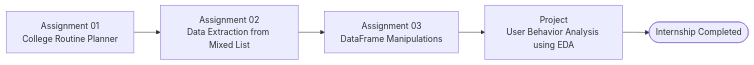
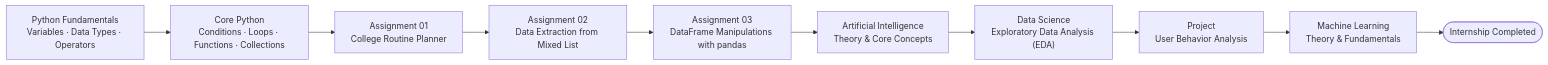
One commit to udaycodespace/internships changed the diagram in remote/web-blinders/README.md. Above: the diagram before and after it, drawn with Mermaid. The commit also changed other lines of this file, not shown here.

Commit message:
Fix inaccurate content in Web Blinders README

````diff
--- a/remote/web-blinders/README.md
+++ b/remote/web-blinders/README.md
@@ -13,9 +13,14 @@
 ```mermaid
 flowchart LR
 
-A[Assignment 01<br/>College Routine Planner]
---> B[Assignment 02<br/>Data Extraction from Mixed List]
---> C[Assignment 03<br/>DataFrame Manipulations]
---> D[Project<br/>User Behavior Analysis using EDA]
---> E([Internship Completed])
+A["Python Fundamentals<br/>Variables · Data Types · Operators"]
+--> B["Core Python<br/>Conditions · Loops · Functions · Collections"]
+--> C["Assignment 01<br/>College Routine Planner"]
+--> D["Assignment 02<br/>Data Extraction from Mixed List"]
+--> E["Assignment 03<br/>DataFrame Manipulations with pandas"]
+--> F["Artificial Intelligence<br/>Theory & Core Concepts"]
+--> G["Data Science<br/>Exploratory Data Analysis (EDA)"]
+--> H["Project<br/>User Behavior Analysis"]
+--> I["Machine Learning<br/>Theory & Fundamentals"]
+--> J(["Internship Completed"])
 ```
````
